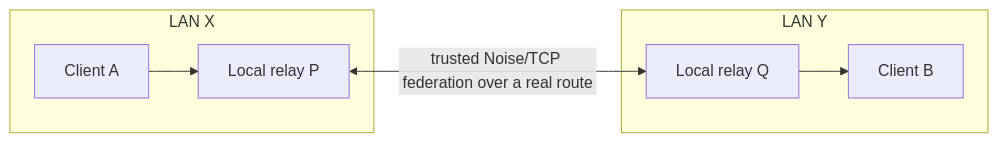
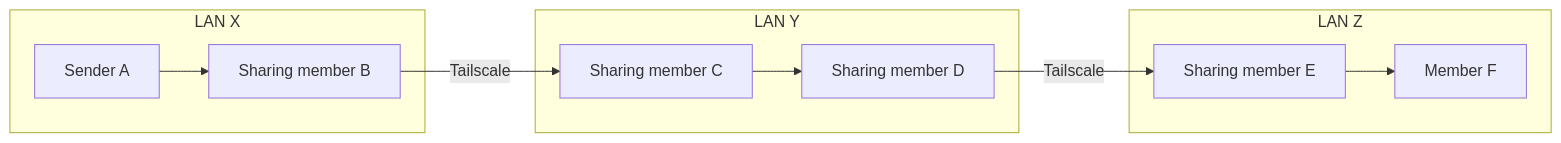
Before and after one commit to OctopusGarage/mesh-talk: the fourth of 43 diagrams in docs/network-design-reference.md, drawn with Mermaid. The commit also changed other lines of this file and 5 other files, not shown here.

First line of the commit message:
docs(network): establish communication architecture baseline

````diff
--- a/docs/network-design-reference.md
+++ b/docs/network-design-reference.md
@@ -190,10 +364,14 @@
 ```mermaid
 flowchart LR
   subgraph X[LAN X]
-    A[Client A] --> P[Local relay P]
+    A[Sender A] --> B[Sharing member B]
   end
   subgraph Y[LAN Y]
-    Q[Local relay Q] --> B[Client B]
+    C[Sharing member C] --> D[Sharing member D]
   end
-  P <-- "trusted Noise/TCP federation over a real route" --> Q
+  subgraph Z[LAN Z]
+    E[Sharing member E] --> F[Member F]
+  end
+  B -- Tailscale --> C
+  D -- Tailscale --> E
 ```
````
